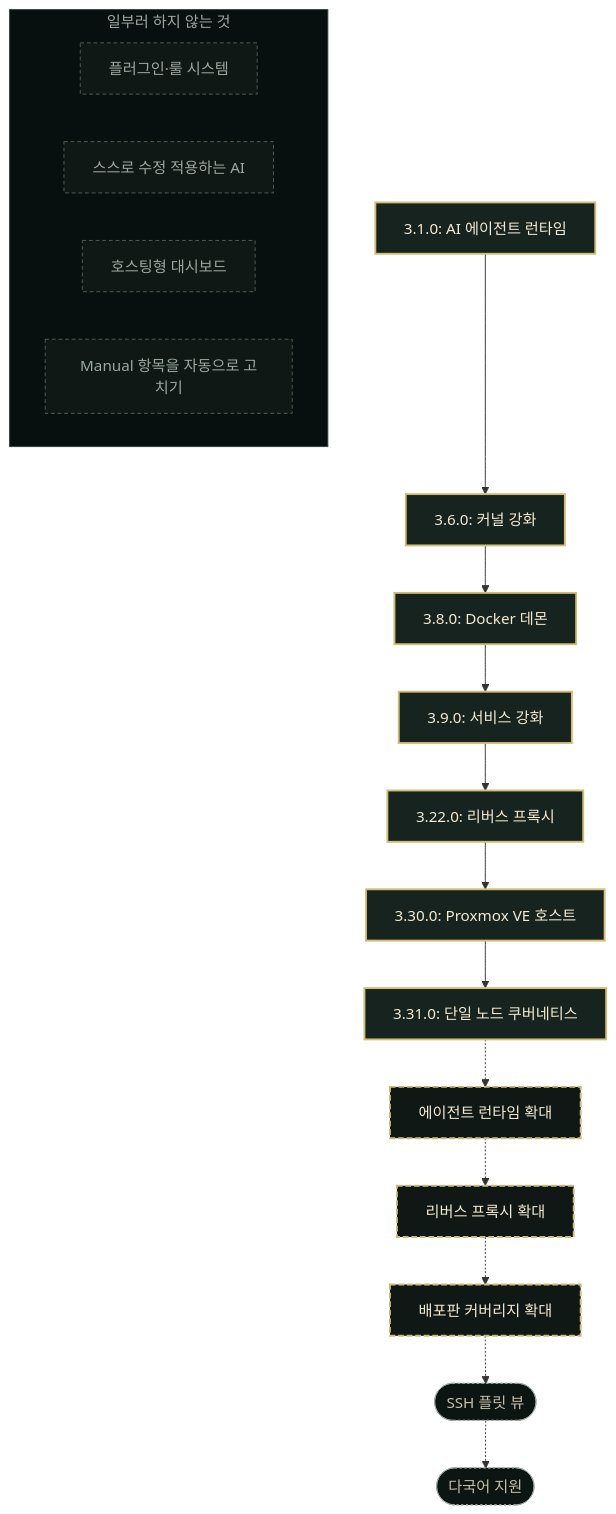
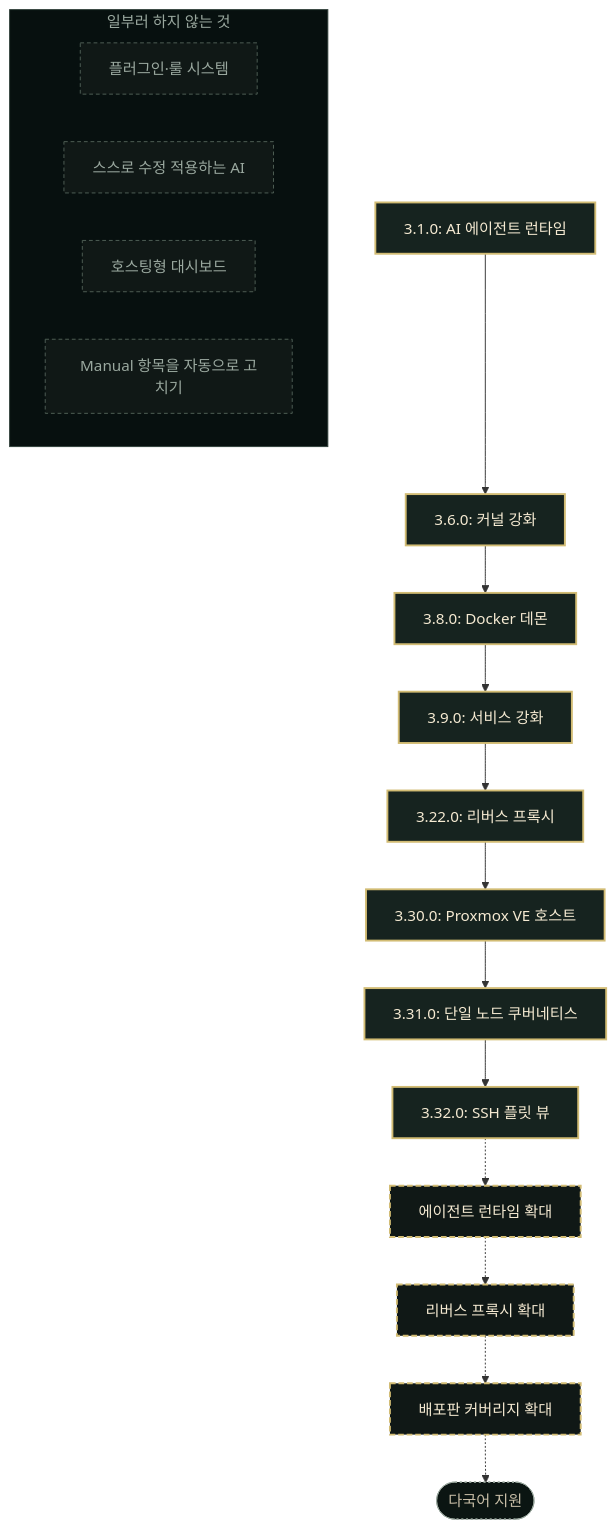
Before and after one commit to seolcu/hostveil: the diagram in README.ko.md, drawn with Mermaid. The commit also changed 9 other files, not shown here.

````diff
--- a/README.ko.md
+++ b/README.ko.md
@@ -375,33 +375,33 @@
 ```mermaid
 graph TD
     v1["3.1.0: AI 에이전트 런타임"] --> v2["3.6.0: 커널 강화"]
     v2 --> v3["3.8.0: Docker 데몬"]
     v3 --> v4["3.9.0: 서비스 강화"]
     v4 --> v5["3.22.0: 리버스 프록시"]
     v5 --> v6["3.30.0: Proxmox VE 호스트"]
     v6 --> v7["3.31.0: 단일 노드 쿠버네티스"]
-    v7 -.-> n1["에이전트 런타임 확대"]
+    v7 --> v8["3.32.0: SSH 플릿 뷰"]
+    v8 -.-> n1["에이전트 런타임 확대"]
     n1 -.-> n2["리버스 프록시 확대"]
     n2 -.-> n3["배포판 커버리지 확대"]
-    n3 -.-> e3(["SSH 플릿 뷰"])
-    e3 -.-> e4(["다국어 지원"])
+    n3 -.-> e4(["다국어 지원"])
 
     subgraph np["일부러 하지 않는 것"]
         x1["플러그인·룰 시스템"]
         x2["스스로 수정 적용하는 AI"]
         x3["호스팅형 대시보드"]
         x4["Manual 항목을 자동으로 고치기"]
     end
 
     classDef shipped fill:#16231f,stroke:#d2bc74,stroke-width:2px,color:#f5ead2
     classDef next fill:#101816,stroke:#d2bc74,stroke-width:2px,stroke-dasharray:6 3,color:#f5ead2
     classDef exploring fill:#0b1512,stroke:#9aa89f,stroke-width:1px,stroke-dasharray:2 3,color:#c8bea7
     classDef notplanned fill:#101816,stroke:#516057,stroke-width:1px,stroke-dasharray:4 3,color:#9aa89f
     classDef npTitle fill:#07100f,stroke:#31413b,color:#9aa89f
 
-    class v1,v2,v3,v4,v5,v6,v7 shipped
+    class v1,v2,v3,v4,v5,v6,v7,v8 shipped
     class n1,n2,n3 next
-    class e3,e4 exploring
+    class e4 exploring
     class x1,x2,x3,x4 notplanned
     class np npTitle
 ```
````
